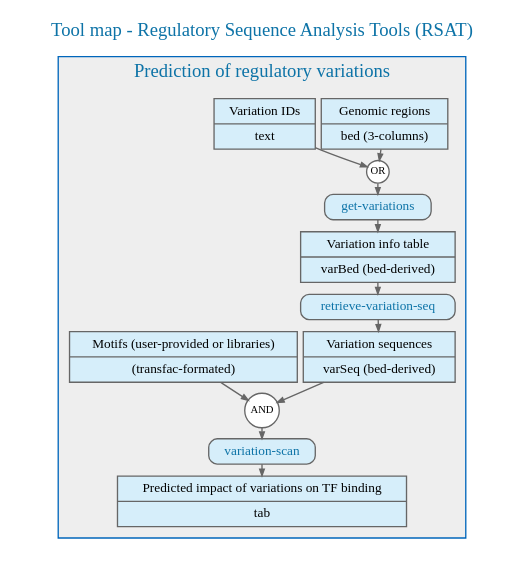
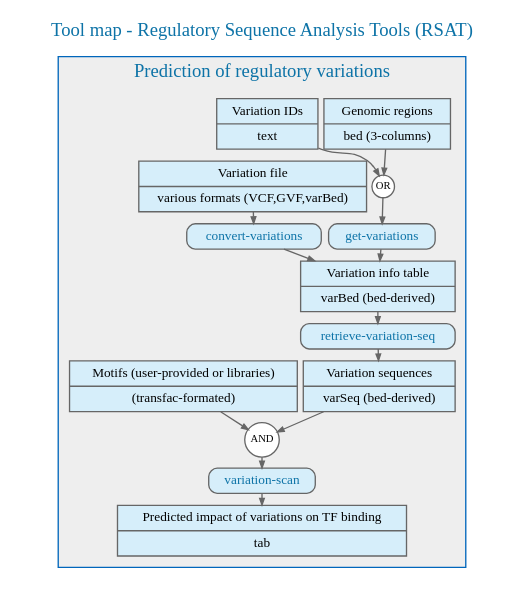
Before and after one commit to rsa-tools/rsat-code: the diagram in doc/flowcharts/regulatory_variations.dot, drawn with Graphviz. The commit also changed 1 other file, not shown here.

Commit message:
added convert-variations

```diff
--- a/doc/flowcharts/regulatory_variations.dot
+++ b/doc/flowcharts/regulatory_variations.dot
@@ -1,44 +1,54 @@
 ################################################################
 ## Tool map of the tools to analyze regulatory variants in 
 ## Regulatory Sequence Analysis Tools (RSAT)
 ##
 ## Author: Jacques van Helden
 
 digraph {	
 	## General properties of the graph (font, color, ...)
 	graph [fontname="ArialBlack",fontsize="14", label="Tool map - Regulatory Sequence Analysis Tools (RSAT)" labelloc="t", fontcolor="#0066BB", nodesep="0.05", ranksep="0.1", URL="http://localhost/rsat/", fontcolor="#0D73A7"];
 	edge [fontname="ArialMT",fontsize="10",labelfontname="ArialMT",labelfontsize="10", arrowsize="0.5", color="#666666"];
 	node [fontname="ArialMT",fontsize="10",shape=record,height="0.2", color="#666666"];
 
 	subgraph cluster_0 {
 		color="#0066BB";
 		bgcolor="#EEEEEE";
 		label = "Prediction of regulatory variations";
 
     genomic_regions  [shape="record", style="filled", fillcolor="#D6EEFA", label="{Genomic regions|bed (3-columns)}"];
     variation_ids  [shape="record", style="filled", fillcolor="#D6EEFA", label="{Variation IDs|text}"];
     genomic_regions -> 	get_variations_input
     variation_ids -> 	get_variations_input
     get_variations_input  [shape="circle", style="filled", fillcolor="#FFFFFF", label="OR" fontsize=8 width="0.001" height="0.001" margin="0"];
+
+    ## Convert variations
+    variation_file  [shape="record", style="filled", fillcolor="#D6EEFA", label="{Variation file|various formats (VCF,GVF,varBed)}"];
+    variation_file -> convert_variations
+    convert_variations  [shape="record", style="rounded, filled", fillcolor="#D6EEFA", label="{convert-variations}", URL="http://localhost/rsat/convert-variations_form.cgi", fontcolor="#0D73A7"];
+    convert_variations -> variation_info_table
+
+    ## Get variations
     get_variations_input -> get_variations
     get_variations  [shape="record", style="rounded, filled", fillcolor="#D6EEFA", label="{get-variations}", URL="http://localhost/rsat/get-variations_form.cgi", fontcolor="#0D73A7"];
     get_variations -> variation_info_table
     variation_info_table  [shape="record", style="filled", fillcolor="#D6EEFA", label="{Variation info table|varBed (bed-derived)}"];
+
+    ## Retrieve-variations
     variation_info_table -> retrieve_variation_seq
     retrieve_variation_seq  [shape="record", style="rounded, filled", fillcolor="#D6EEFA", label="{retrieve-variation-seq}", URL="http://localhost/rsat/retrieve-variation-seq_form.cgi", fontcolor="#0D73A7"];
     retrieve_variation_seq -> variation_sequences
     variation_sequences   [shape="record", style="filled", fillcolor="#D6EEFA", label="{Variation sequences|varSeq (bed-derived)}"];
 
     motifs   [shape="record", style="filled", fillcolor="#D6EEFA", label="{Motifs (user-provided or libraries)|(transfac-formated)}"];
 
     variation_sequences -> variation_scan_input
     motifs -> variation_scan_input
 
     variation_scan_input [shape="circle", style="filled", fillcolor="#FFFFFF", label="AND" fontsize=8 width="0.001" height="0.001" margin="0"];
     variation_scan_input -> variation_scan
     variation_scan  [shape="record", style="rounded, filled", fillcolor="#D6EEFA", label="{variation-scan}", URL="http://localhost/rsat/variation-scan_form.cgi", fontcolor="#0D73A7"];
     variation_scan -> variation_impact
     variation_impact   [shape="record", style="filled", fillcolor="#D6EEFA", label="{Predicted impact of variations on TF binding|tab}"];
     }    
 
 }
```
